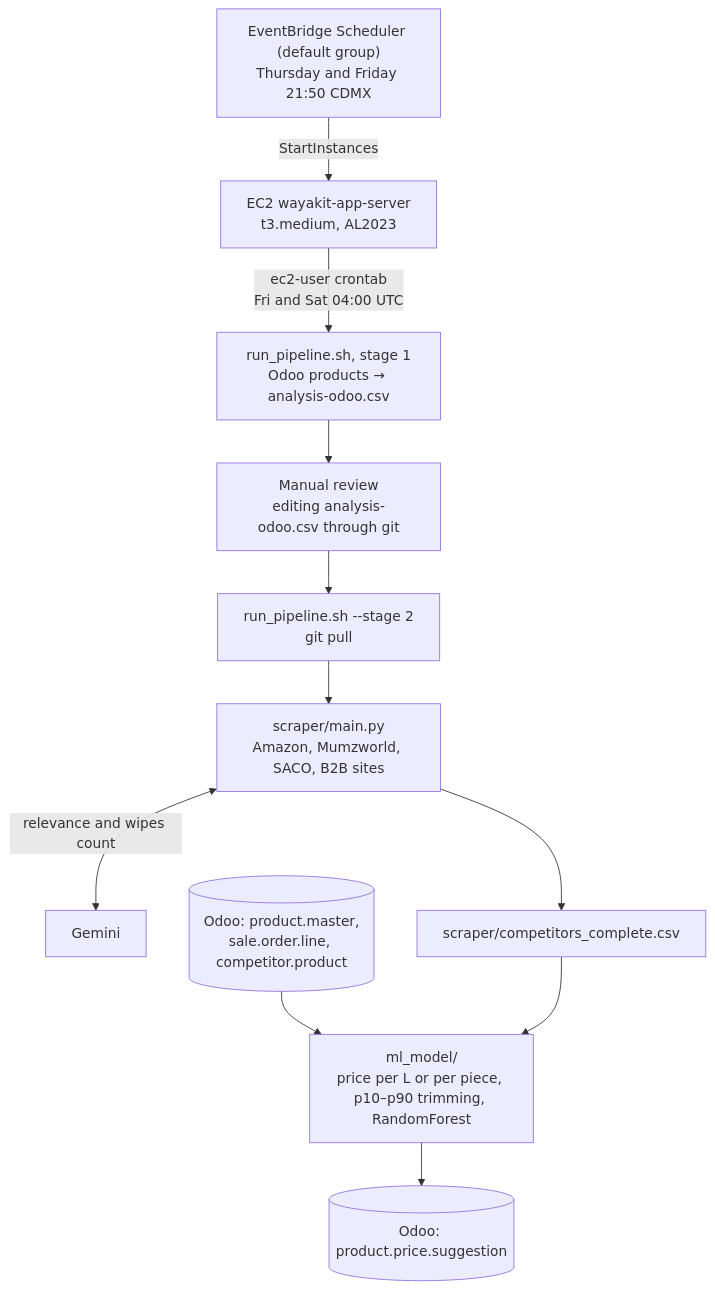
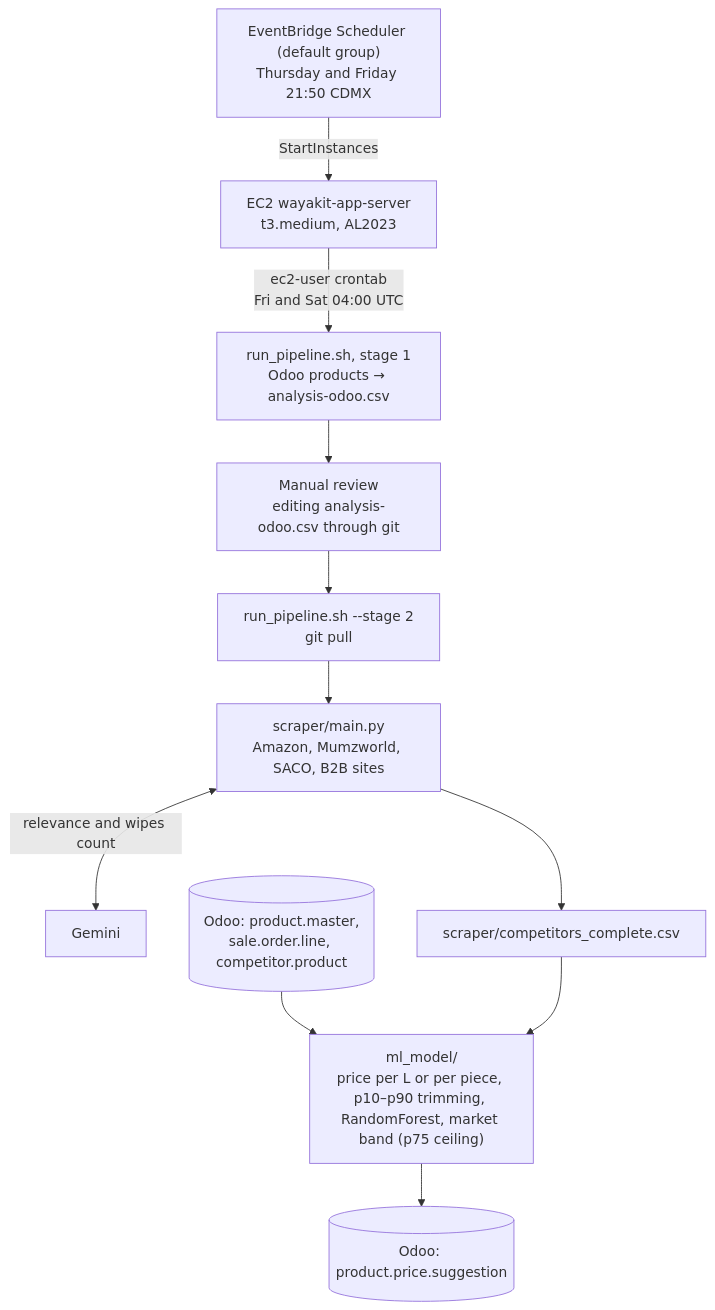
The diagram in README.md (Wayakit-Biotechnology-in-Hygiene/wayakit-price-prediction), drawn with Mermaid before and after one commit. The commit also changed 21 other files, not shown here.

````diff
--- a/README.md
+++ b/README.md
@@ -11,13 +11,13 @@
 ```mermaid
 flowchart TD
     S["EventBridge Scheduler (default group)<br/>Thursday and Friday 21:50 CDMX"] -->|StartInstances| EC2["EC2 wayakit-app-server<br/>t3.medium, AL2023"]
     EC2 -->|"ec2-user crontab<br/>Fri and Sat 04:00 UTC"| E1["run_pipeline.sh, stage 1<br/>Odoo products → analysis-odoo.csv"]
     E1 --> R["Manual review<br/>editing analysis-odoo.csv through git"]
     R --> E2["run_pipeline.sh --stage 2<br/>git pull"]
     E2 --> SC["scraper/main.py<br/>Amazon, Mumzworld, SACO, B2B sites"]
     SC <-->|relevance and wipes count| G["Gemini"]
     SC --> CSV["scraper/competitors_complete.csv"]
     OD[("Odoo: product.master,<br/>sale.order.line, competitor.product")] --> ML
-    CSV --> ML["ml_model/<br/>price per L or per piece, p10–p90 trimming, RandomForest"]
+    CSV --> ML["ml_model/<br/>price per L or per piece, p10–p90 trimming, RandomForest, market band (p75 ceiling)"]
     ML --> OUT[("Odoo: product.price.suggestion")]
 ```
````
